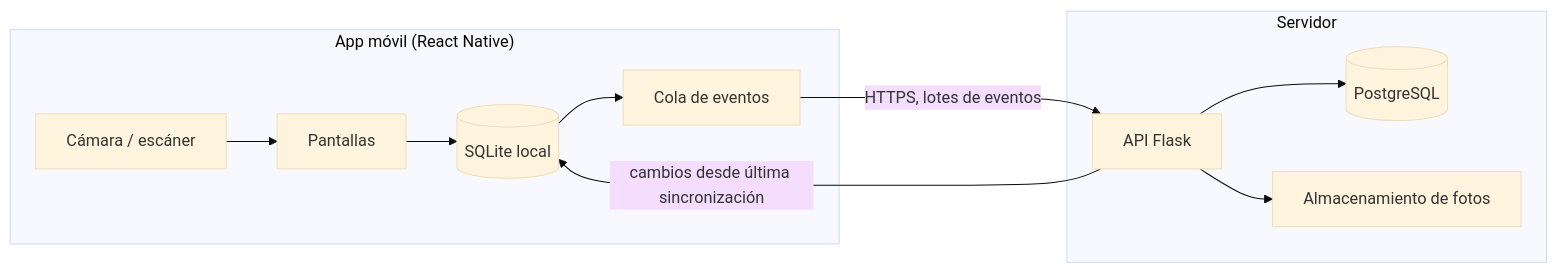
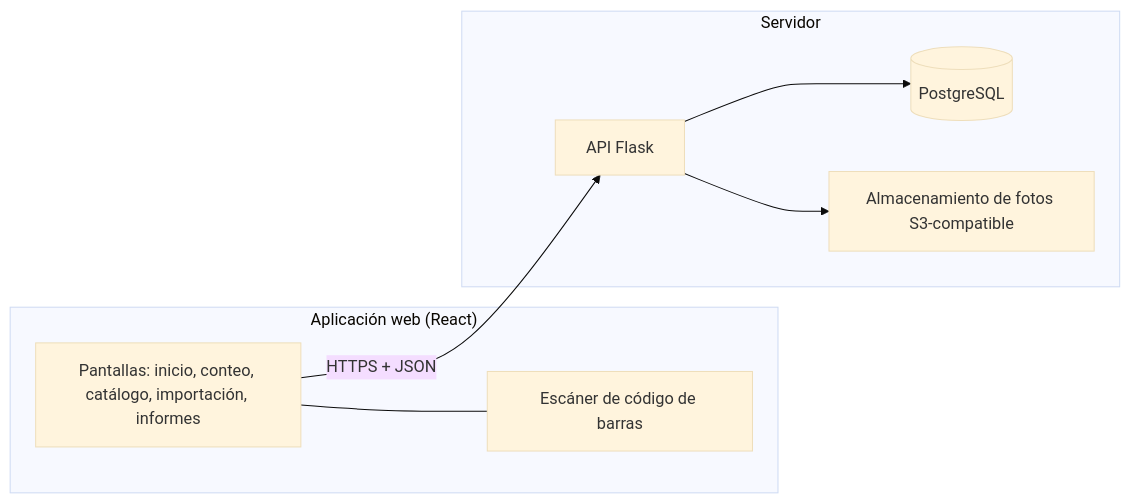
One commit to julianandrescaracas0623/AssetControl changed the diagram in docs/02-arquitectura.md. Above: the diagram before and after it, drawn with Mermaid (base theme). The commit also changed other lines of this file and 5 other files, not shown here.

````diff
--- a/docs/02-arquitectura.md
+++ b/docs/02-arquitectura.md
@@ -5,23 +5,18 @@
 ```mermaid
 flowchart LR
-    subgraph Movil["App móvil (React Native)"]
-        UI[Pantallas]
-        Cam[Cámara / escáner]
-        LDB[(SQLite local)]
-        Outbox[Cola de eventos]
-        UI --> LDB
-        Cam --> UI
-        LDB --> Outbox
+    subgraph Navegador["Aplicación web (React)"]
+        UI[Pantallas: inicio, conteo, catálogo, importación, informes]
+        Cam[Escáner de código de barras]
+        UI --- Cam
     end
 
     subgraph Servidor["Servidor"]
         API[API Flask]
         PG[(PostgreSQL)]
-        Store[Almacenamiento de fotos]
+        Store[Almacenamiento de fotos S3-compatible]
         API --> PG
         API --> Store
     end
 
-    Outbox -- "HTTPS, lotes de eventos" --> API
-    API -- "cambios desde última sincronización" --> LDB
+    UI -- "HTTPS + JSON" --> API
 ```
````
